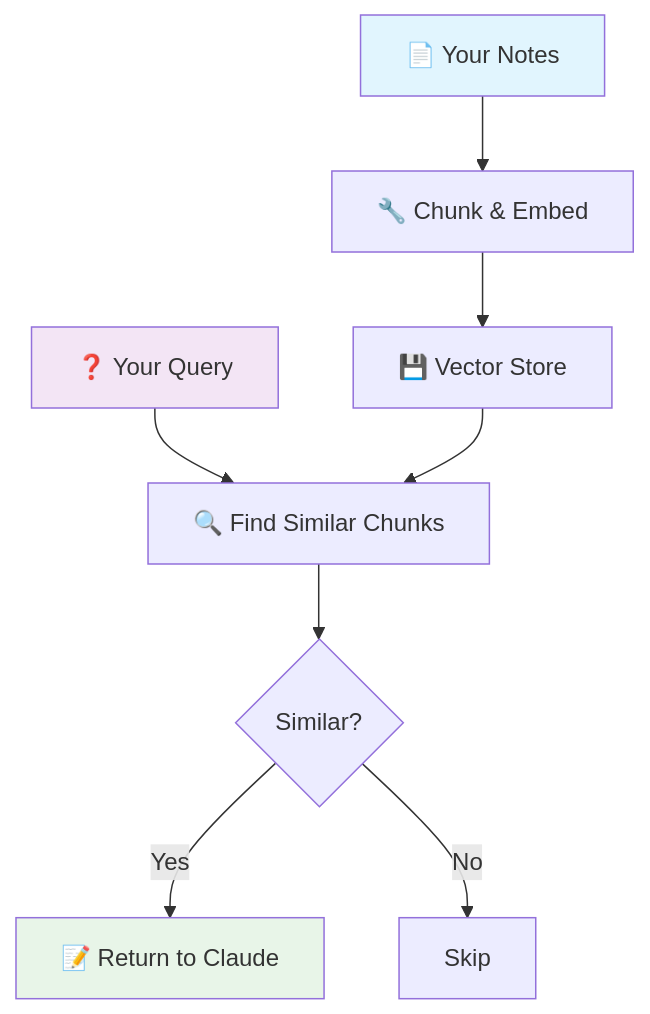
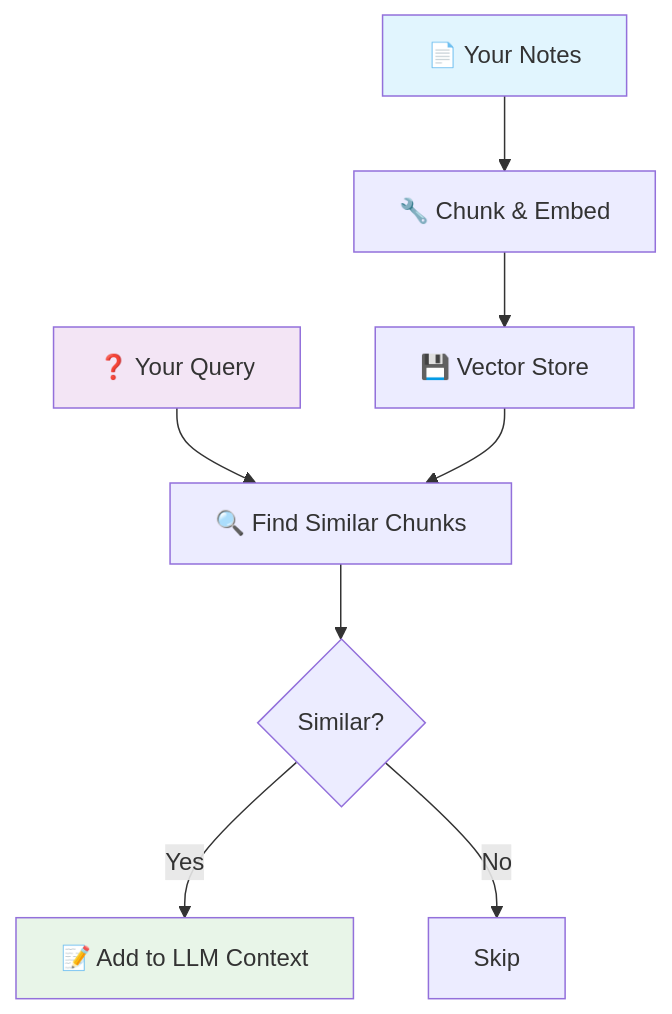
One commit to samleeney/brain changed the diagram in README.md. Above: the diagram before and after it, drawn with Mermaid. The commit also changed other lines of this file, not shown here.

First line of the commit message:
Update README for Claude Code and agentic frameworks

````diff
--- a/README.md
+++ b/README.md
@@ -9,16 +9,16 @@
 ```mermaid
 flowchart TD
     A[📄 Your Notes] --> B[🔧 Chunk & Embed]
     B --> C[💾 Vector Store]
     
     D[❓ Your Query] --> E[🔍 Find Similar Chunks]
     C --> E
     
     E --> F{Similar?}
-    F -->|Yes| G[📝 Return to Claude]
+    F -->|Yes| G[📝 Add to LLM Context]
     F -->|No| H[Skip]
     
     style A fill:#e1f5fe
     style D fill:#f3e5f5
     style G fill:#e8f5e8
 ```
````
